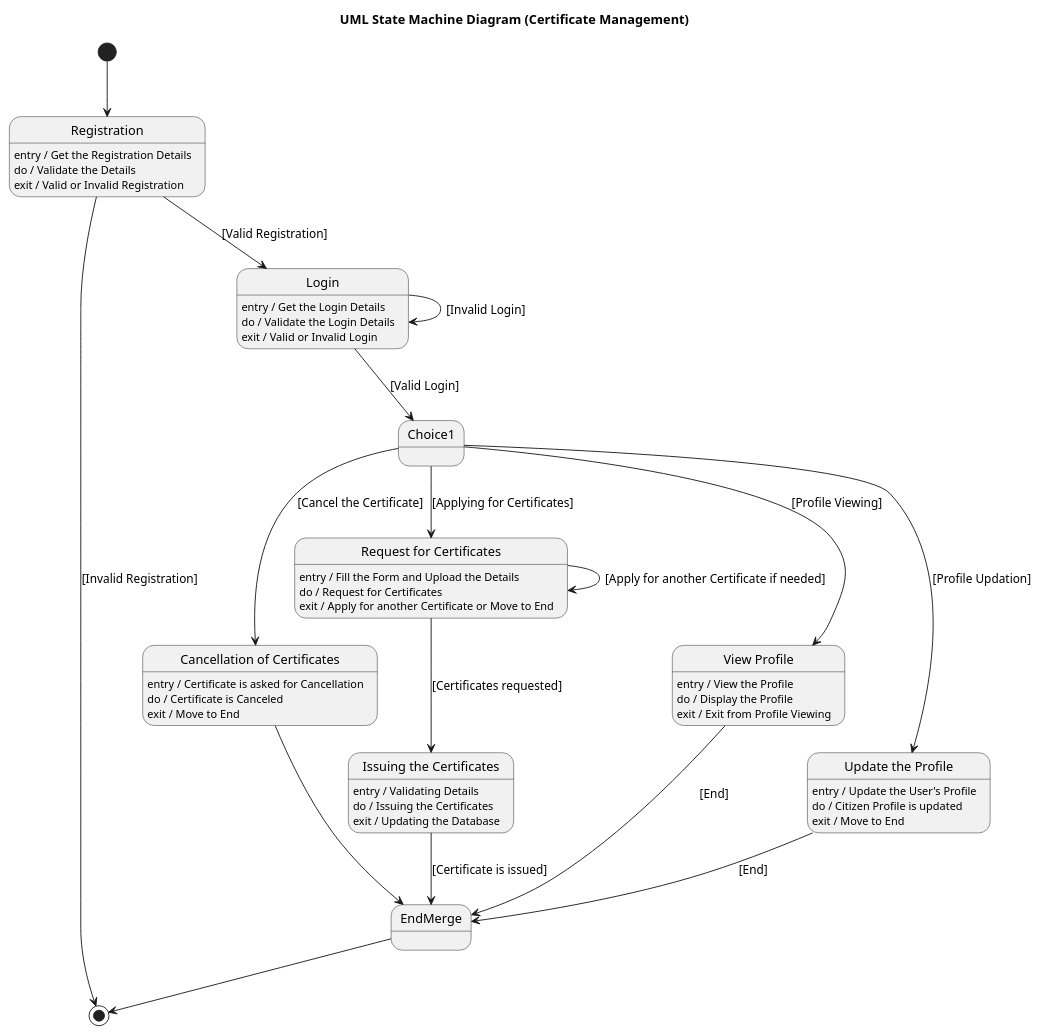
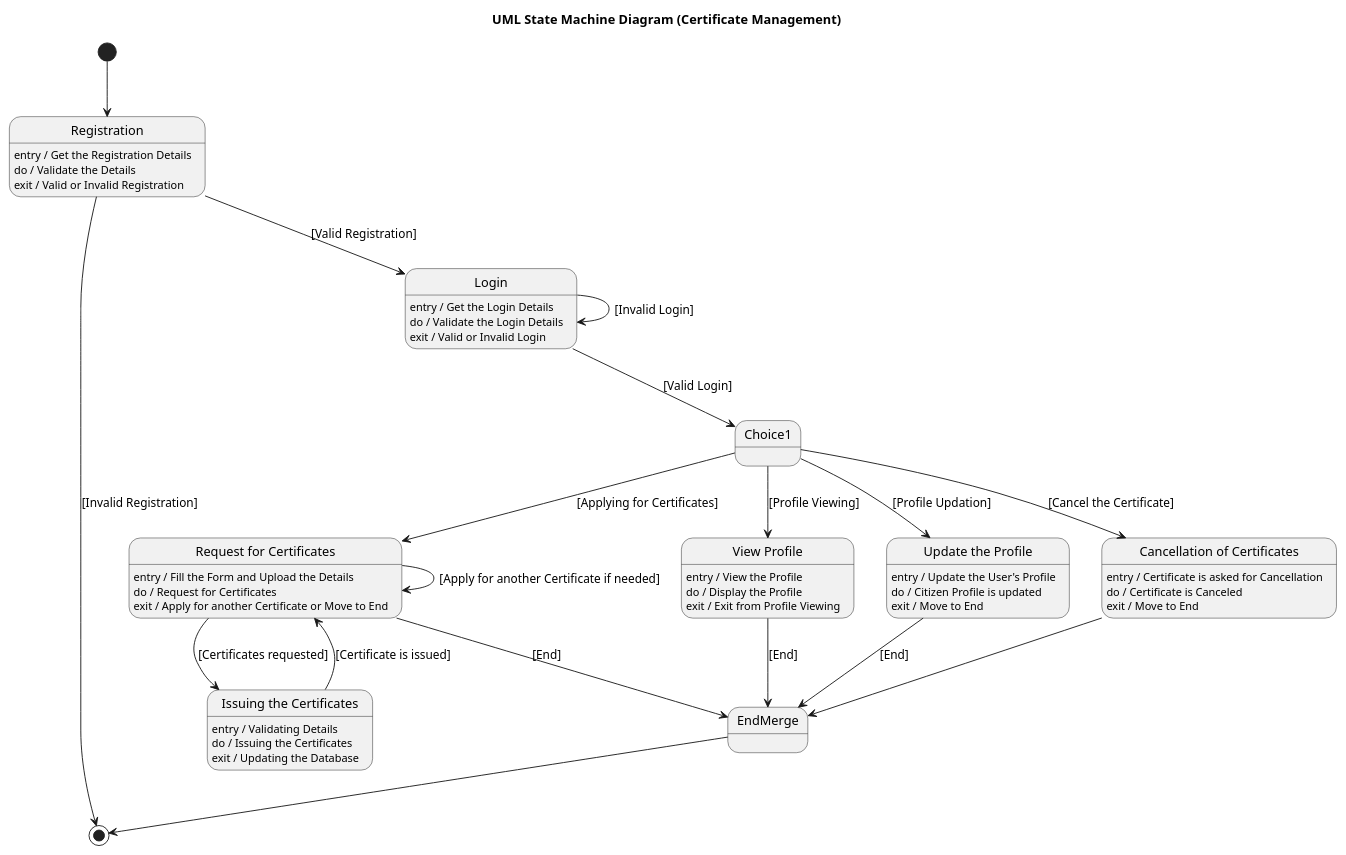
Before and after one commit to maimunafaria/State_transition_Diagram_generated_by_LLM: the diagram in dataset/case_14_e_province/diagram.puml, drawn with PlantUML. The commit also changed 17 other files, not shown here.

```diff
--- a/dataset/case_14_e_province/diagram.puml
+++ b/dataset/case_14_e_province/diagram.puml
@@ -1,101 +1,83 @@
 @startuml
 title UML State Machine Diagram (Certificate Management)
 
-'-----------------------
-' Initial
-'-----------------------
+
 [*] --> Registration
 
 state Registration
 Registration : entry / Get the Registration Details
 Registration : do / Validate the Details
 Registration : exit / Valid or Invalid Registration
 
-' Invalid registration
+
 Registration --> [*] : [Invalid Registration]
 
-' Valid registration → Login
+
 Registration --> Login : [Valid Registration]
 
-'-----------------------
-' Login
-'-----------------------
+
 state Login
 Login : entry / Get the Login Details
 Login : do / Validate the Login Details
 Login : exit / Valid or Invalid Login
 
-' Loop on invalid login
+
 Login --> Login : [Invalid Login]
 
-' Valid login → choice
+
 Login --> Choice1 : [Valid Login]
 
-'-----------------------
-' Main choice after login
-'-----------------------
+
 state Choice1 <<choice>>
 
 Choice1 --> CancelCert : [Cancel the Certificate]
 Choice1 --> RequestCert : [Applying for Certificates]
 Choice1 --> ViewProfile : [Profile Viewing]
 Choice1 --> UpdateProfile : [Profile Updation]
 
-'-----------------------
-' Cancel Certificate
-'-----------------------
+
 state "Cancellation of Certificates" as CancelCert
 CancelCert : entry / Certificate is asked for Cancellation
 CancelCert : do / Certificate is Canceled
 CancelCert : exit / Move to End
 
 CancelCert --> EndMerge
 
-'-----------------------
-' Request Certificate
-'-----------------------
 state "Request for Certificates" as RequestCert
 RequestCert : entry / Fill the Form and Upload the Details
 RequestCert : do / Request for Certificates
 RequestCert : exit / Apply for another Certificate or Move to End
 
-' Loop if applying again
 RequestCert --> RequestCert : [Apply for another Certificate if needed]
 
 RequestCert --> IssueCert : [Certificates requested]
 
 state "Issuing the Certificates" as IssueCert
 IssueCert : entry / Validating Details
 IssueCert : do / Issuing the Certificates
 IssueCert : exit / Updating the Database
 
-IssueCert --> EndMerge : [Certificate is issued]
+IssueCert --> RequestCert : [Certificate is issued]
+RequestCert --> EndMerge : [End]
 
-'-----------------------
-' View Profile
-'-----------------------
 state "View Profile" as ViewProfile
 ViewProfile : entry / View the Profile
 ViewProfile : do / Display the Profile
 ViewProfile : exit / Exit from Profile Viewing
 
 ViewProfile --> EndMerge : [End]
 
-'-----------------------
-' Update Profile
-'-----------------------
+
 state "Update the Profile" as UpdateProfile
 UpdateProfile : entry / Update the User's Profile
 UpdateProfile : do / Citizen Profile is updated
 UpdateProfile : exit / Move to End
 
 UpdateProfile --> EndMerge : [End]
 
-'-----------------------
-' Final merge
-'-----------------------
+
 state EndMerge <<choice>>
 
 EndMerge --> [*]
 
 @enduml
```
